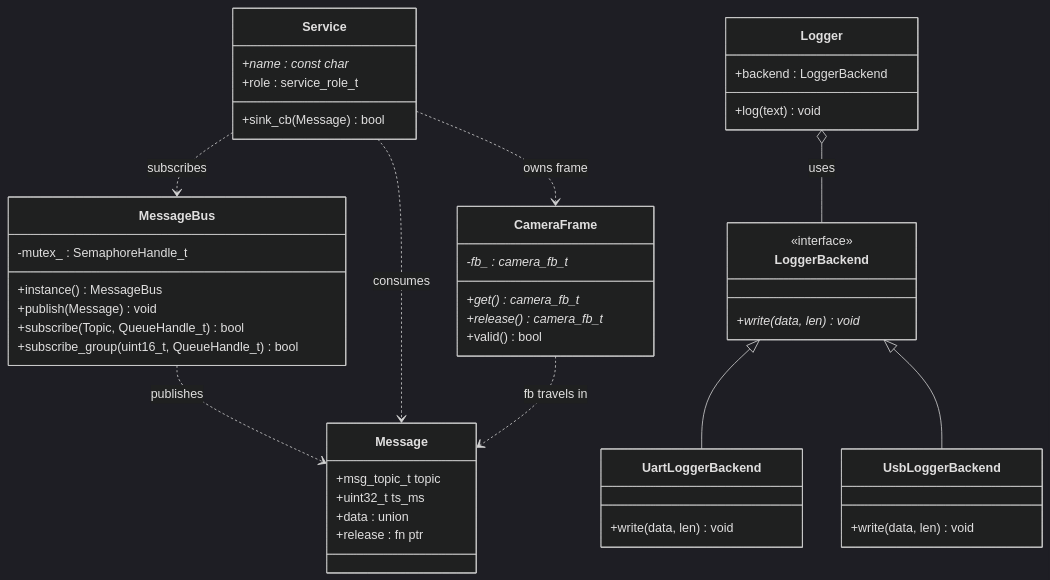
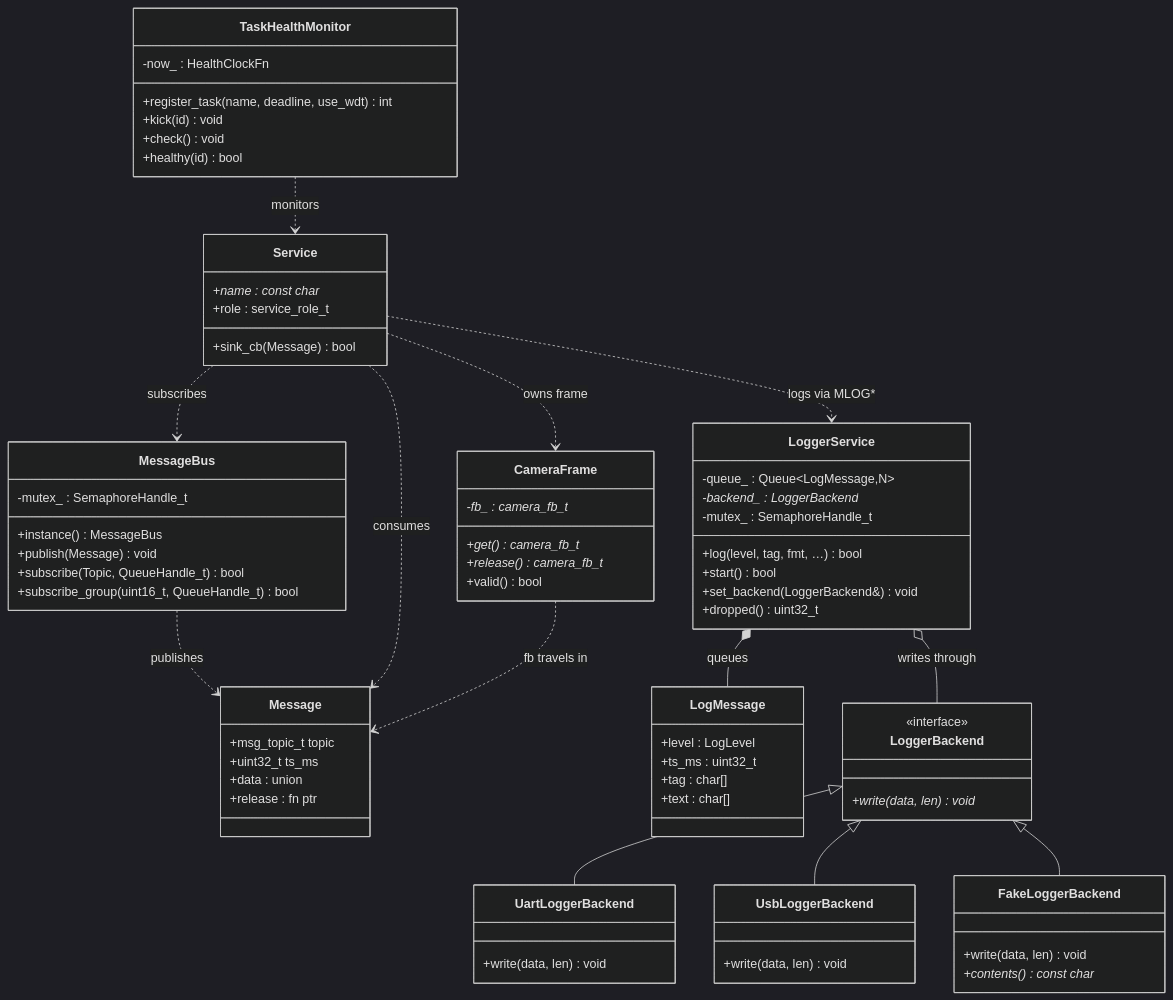
Before and after one commit to MrRaidrop/ESP-MoNet: the diagram in docs/cpp_refactor.md, drawn with Mermaid (dark theme). The commit also changed other lines of this file and 27 other files, not shown here.

First line of the commit message:
monet_core: experimental async C++ logger service + health monitor

````diff
--- a/docs/cpp_refactor.md
+++ b/docs/cpp_refactor.md
@@ -159,55 +269,82 @@
 ```mermaid
 classDiagram
     class Message {
         +msg_topic_t topic
         +uint32_t ts_ms
         +data : union
         +release : fn ptr
     }
 
     class MessageBus {
         +instance() MessageBus
         +publish(Message) void
         +subscribe(Topic, QueueHandle_t) bool
         +subscribe_group(uint16_t, QueueHandle_t) bool
         -mutex_ : SemaphoreHandle_t
     }
 
     class Service {
         +name : const char*
         +role : service_role_t
         +sink_cb(Message) bool
     }
 
-    class Logger {
-        +backend : LoggerBackend
-        +log(text) void
+    class LoggerService {
+        +log(level, tag, fmt, …) bool
+        +start() bool
+        +set_backend(LoggerBackend&) void
+        +dropped() uint32_t
+        -queue_ : Queue~LogMessage,N~
+        -backend_ : LoggerBackend*
+        -mutex_ : SemaphoreHandle_t
+    }
+    class LogMessage {
+        +level : LogLevel
+        +ts_ms : uint32_t
+        +tag : char[]
+        +text : char[]
     }
 
     class LoggerBackend {
         <<interface>>
         +write(data, len)* void
     }
     class UartLoggerBackend {
         +write(data, len) void
     }
     class UsbLoggerBackend {
         +write(data, len) void
     }
+    class FakeLoggerBackend {
+        +write(data, len) void
+        +contents() const char*
+    }
+
+    class TaskHealthMonitor {
+        +register_task(name, deadline, use_wdt) int
+        +kick(id) void
+        +check() void
+        +healthy(id) bool
+        -now_ : HealthClockFn
+    }
 
     class CameraFrame {
         +get() camera_fb_t*
         +release() camera_fb_t*
         +valid() bool
         -fb_ : camera_fb_t*
     }
 
     LoggerBackend <|-- UartLoggerBackend
     LoggerBackend <|-- UsbLoggerBackend
-    Logger o-- LoggerBackend : uses
+    LoggerBackend <|-- FakeLoggerBackend
+    LoggerService o-- LoggerBackend : writes through
+    LoggerService *-- LogMessage : queues
     MessageBus ..> Message : publishes
     Service ..> Message : consumes
     Service ..> MessageBus : subscribes
     Service ..> CameraFrame : owns frame
+    Service ..> LoggerService : logs via MLOG*
+    TaskHealthMonitor ..> Service : monitors
     CameraFrame ..> Message : fb travels in
 ```
````
